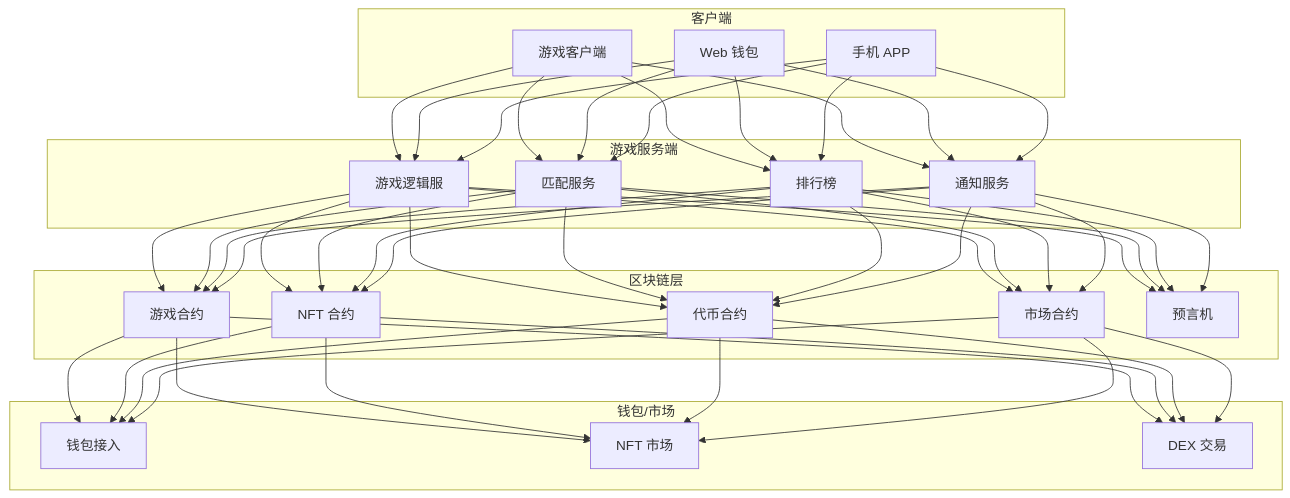
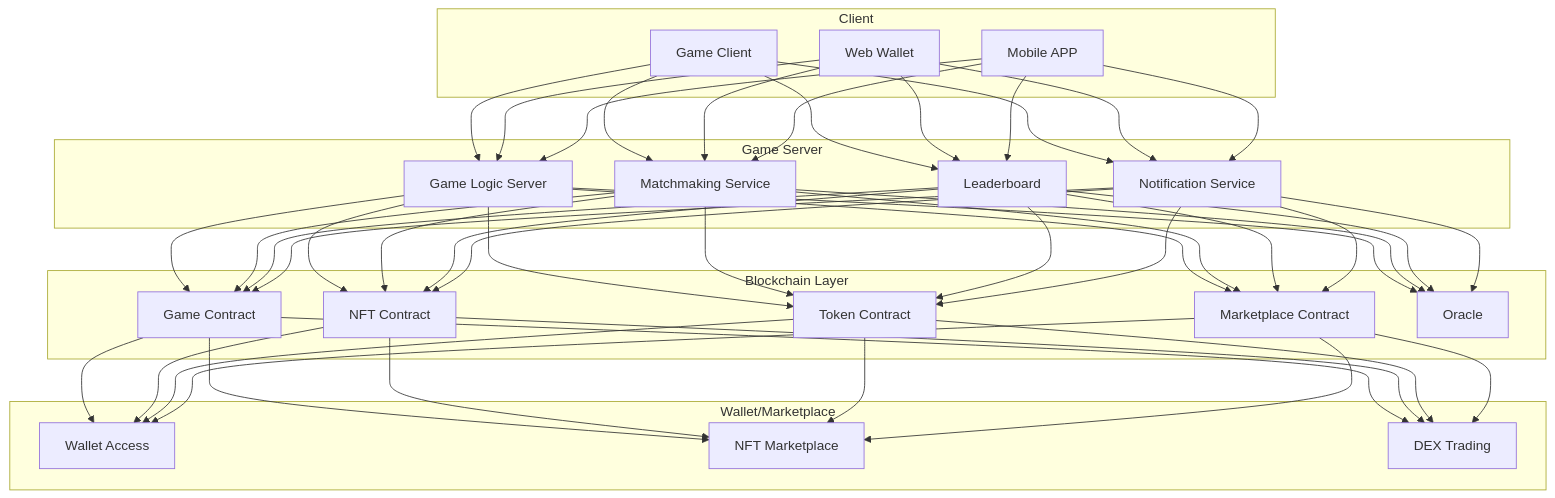
The first of 3 diagrams in tree/application/architecture/web3-gamefi.md (teaglebuilt/knowledge-tree), drawn with Mermaid before and after one commit. The commit also changed other lines of this file and 22 other files, not shown here.

````diff
--- a/tree/application/architecture/web3-gamefi.md
+++ b/tree/application/architecture/web3-gamefi.md
@@ -145,33 +148,33 @@
 ```mermaid
 graph TB
-    subgraph 客户端
-        C1[游戏客户端]
-        C2[Web 钱包]
-        C3[手机 APP]
+    subgraph Client
+        C1[Game Client]
+        C2[Web Wallet]
+        C3[Mobile APP]
     end
 
-    subgraph 游戏服务端
-        G1[游戏逻辑服]
-        G2[匹配服务]
-        G3[排行榜]
-        G4[通知服务]
+    subgraph Game Server
+        G1[Game Logic Server]
+        G2[Matchmaking Service]
+        G3[Leaderboard]
+        G4[Notification Service]
     end
 
-    subgraph 区块链层
-        B1[游戏合约]
-        B2[NFT 合约]
-        B3[代币合约]
-        B4[市场合约]
-        B5[预言机]
+    subgraph Blockchain Layer
+        B1[Game Contract]
+        B2[NFT Contract]
+        B3[Token Contract]
+        B4[Marketplace Contract]
+        B5[Oracle]
     end
 
-    subgraph 钱包/市场
-        W1[钱包接入]
-        W2[NFT 市场]
-        W3[DEX 交易]
+    subgraph Wallet/Marketplace
+        W1[Wallet Access]
+        W2[NFT Marketplace]
+        W3[DEX Trading]
     end
 
     C1 & C2 & C3 --> G1 & G2 & G3 & G4
     G1 & G2 & G3 & G4 --> B1 & B2 & B3 & B4 & B5
     B1 & B2 & B3 & B4 --> W1 & W2 & W3
 ```
````
